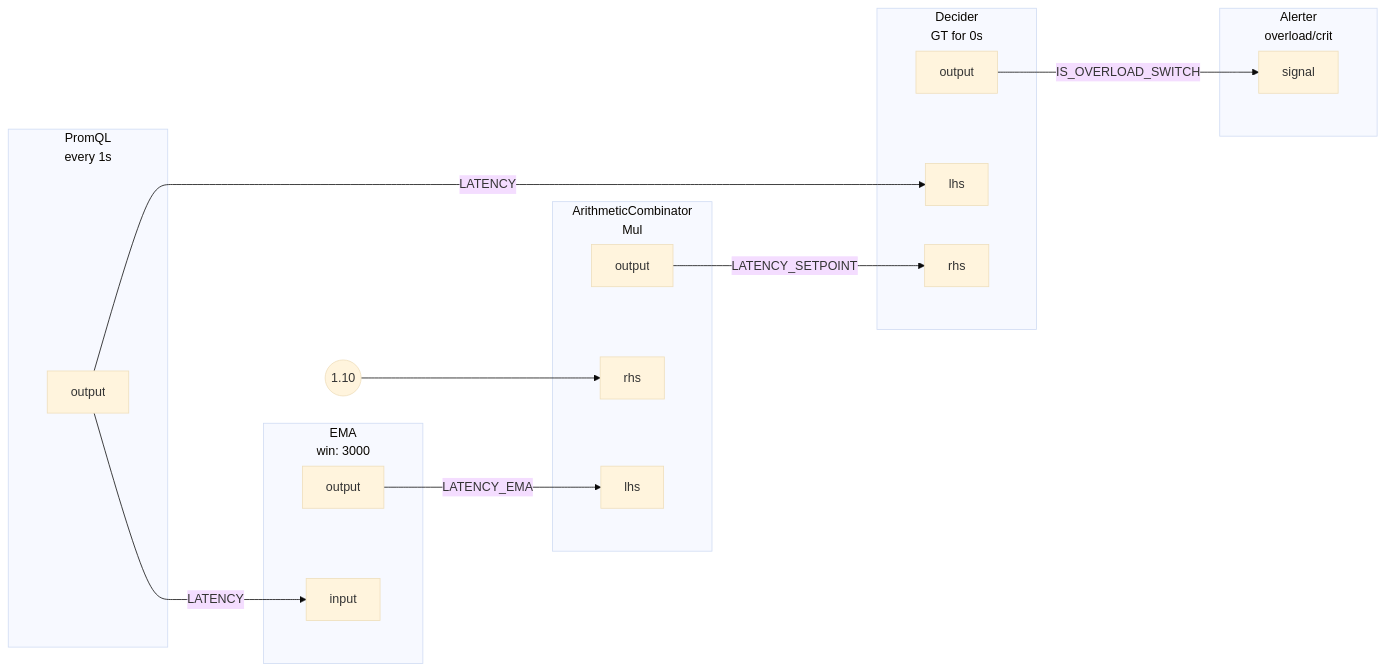
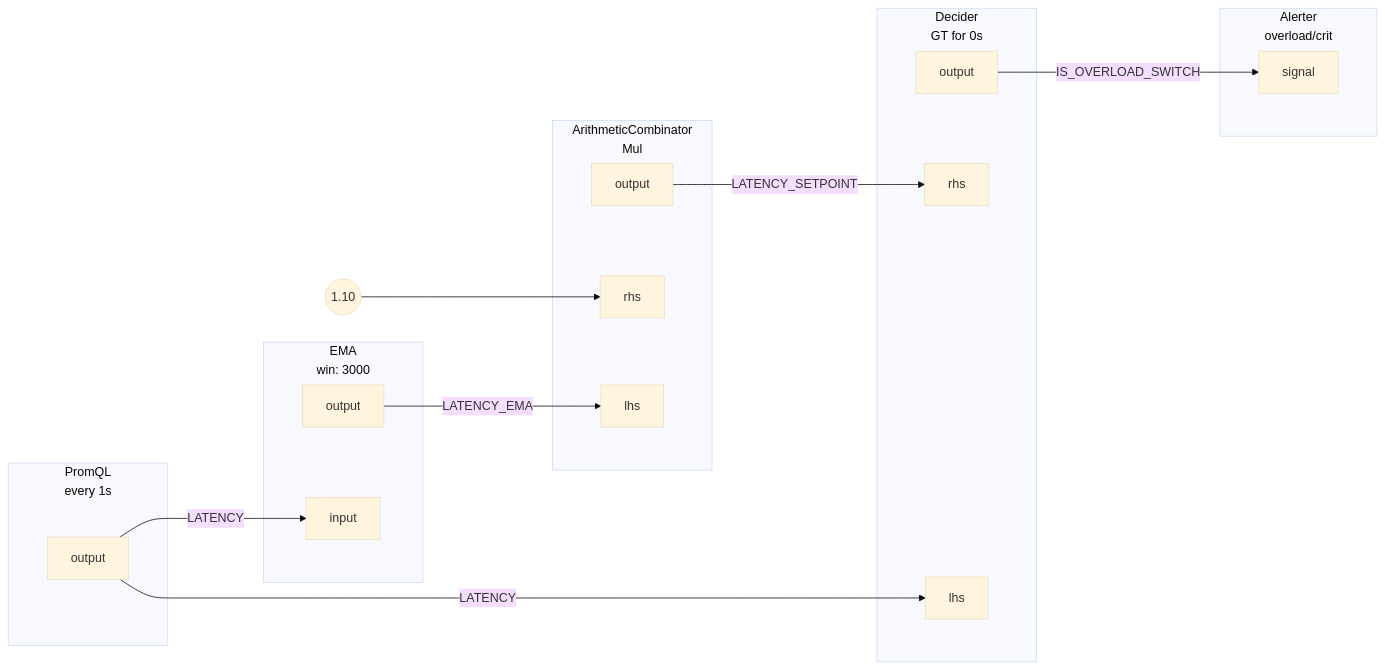
One commit to fluxninja/aperture changed the diagram in docs/content/tutorials/signal-processing/assets/detecting-overload/detecting-overload.mmd. Above: the diagram before and after it, drawn with Mermaid (base theme). The commit also changed other lines of this file and 18 other files, not shown here.

```diff
--- a/docs/content/tutorials/signal-processing/assets/detecting-overload/detecting-overload.mmd
+++ b/docs/content/tutorials/signal-processing/assets/detecting-overload/detecting-overload.mmd
@@ -1,52 +1,52 @@
 flowchart LR
 subgraph root.0[<center>PromQL<br/>every 1s</center>]
 subgraph root.0_outports[ ]
 style root.0_outports fill:none,stroke:none
 root.0output[output]
 end
 end
 subgraph root.1[<center>EMA<br/>win: 3000</center>]
 subgraph root.1_inports[ ]
 style root.1_inports fill:none,stroke:none
 root.1input[input]
 end
 subgraph root.1_outports[ ]
 style root.1_outports fill:none,stroke:none
 root.1output[output]
 end
 end
 FakeConstant0((1.10))
 FakeConstant0 --> root.2rhs
 subgraph root.2[<center>ArithmeticCombinator<br/>Mul</center>]
 subgraph root.2_inports[ ]
 style root.2_inports fill:none,stroke:none
+root.2rhs[rhs]
 root.2lhs[lhs]
-root.2rhs[rhs]
 end
 subgraph root.2_outports[ ]
 style root.2_outports fill:none,stroke:none
 root.2output[output]
 end
 end
 subgraph root.3[<center>Decider<br/>GT for 0s</center>]
 subgraph root.3_inports[ ]
 style root.3_inports fill:none,stroke:none
+root.3rhs[rhs]
 root.3lhs[lhs]
-root.3rhs[rhs]
 end
 subgraph root.3_outports[ ]
 style root.3_outports fill:none,stroke:none
 root.3output[output]
 end
 end
 subgraph root.4[<center>Alerter<br/>overload/crit</center>]
 subgraph root.4_inports[ ]
 style root.4_inports fill:none,stroke:none
 root.4signal[signal]
 end
 end
 root.0output --> |LATENCY| root.1input
 root.0output --> |LATENCY| root.3lhs
 root.1output --> |LATENCY_EMA| root.2lhs
 root.2output --> |LATENCY_SETPOINT| root.3rhs
 root.3output --> |IS_OVERLOAD_SWITCH| root.4signal
```
